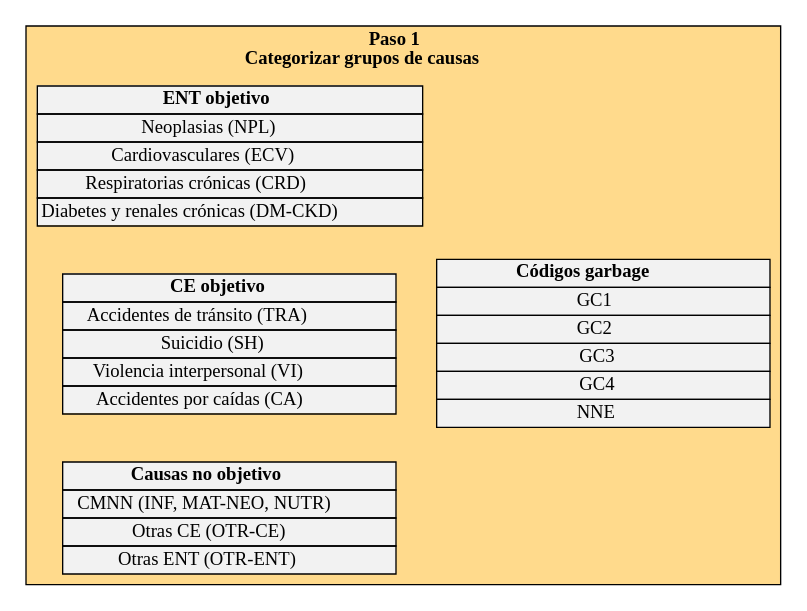
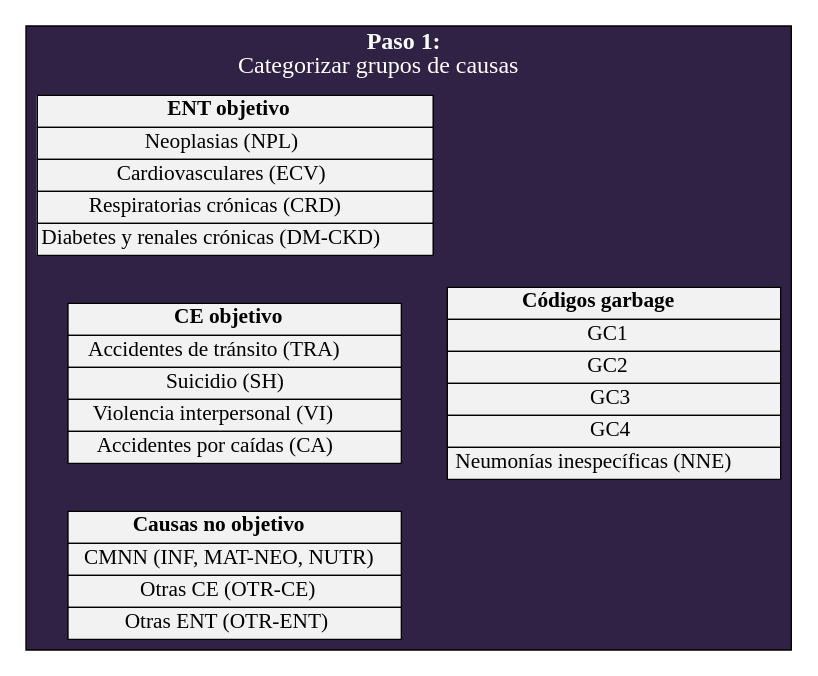
One commit to datos-ine/power_recod_GC changed the first of 5 diagrams in index.qmd. Above: the diagram before and after it, drawn with Graphviz. The commit also changed other lines of this file and 37 other files, not shown here.

````diff
--- a/index.qmd
+++ b/index.qmd
@@ -398,10 +335,10 @@
 ```{dot}
 //| id: Paso 1
 digraph G {
-    rankdir=LR
+   rankdir=LR
    graph[
-    fontsize = 14
-    fontname="Times-Roman"
+    fontsize = 18
+    fontname="Calibri"
     style = filled
     nodesep=.5
     ranksep=.15
@@ -412,14 +349,15 @@
     shape = plain
     style = filled
     fillcolor="grey95"
-    fontsize = 14
-    fontname="Times-Roman"
+    fontsize = 16
+    fontname="Calibri"
     width=3.25
    ]
   
    subgraph cluster_paso1{  
-    fillcolor="#FFCE66BF" 
-    label = <<b>Paso 1<br/> Categorizar grupos de causas</b>>
+    fillcolor="#302244"
+    fontcolor=white
+    label = <<b>Paso 1:</b><br/> Categorizar grupos de causas>
   
     ent1[label = <
     <table border="0" cellborder = "1" cellspacing  ="0">
@@ -496,7 +434,7 @@
     <td> GC4</td>
     </tr>
     <tr>
-    <td port="nne"> NNE</td>
+    <td port="nne"> Neumonías inespecíficas (NNE)</td>
     </tr>
     </table>
     >]
````
